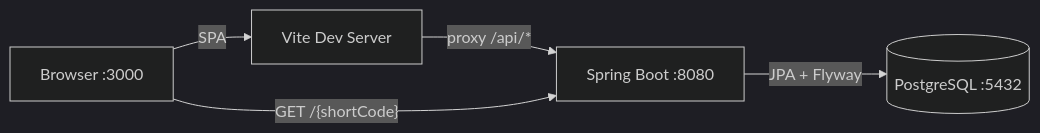
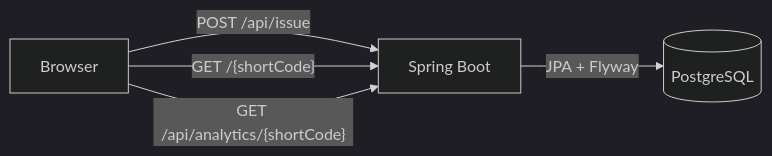
The first of 2 diagrams in README.md (endomasayaendo/oddlink), drawn with Mermaid (dark theme) before and after one commit.

Commit message:
readme architecture fixed

````diff
--- a/README.md
+++ b/README.md
@@ -63,12 +63,11 @@
 ```mermaid
 graph LR
-    Browser["Browser :3000"]
-    Vite["Vite Dev Server"]
-    Spring["Spring Boot :8080"]
-    DB[("PostgreSQL :5432")]
+    Browser[Browser]
+    Spring["Spring Boot"]
+    DB[("PostgreSQL")]
 
-    Browser -->|SPA| Vite
-    Vite -->|"proxy /api/*"| Spring
+    Browser -->|"POST /api/issue"| Spring
     Browser -->|"GET /{shortCode}"| Spring
+    Browser -->|"GET /api/analytics/{shortCode}"| Spring
     Spring -->|JPA + Flyway| DB
 ```
````
